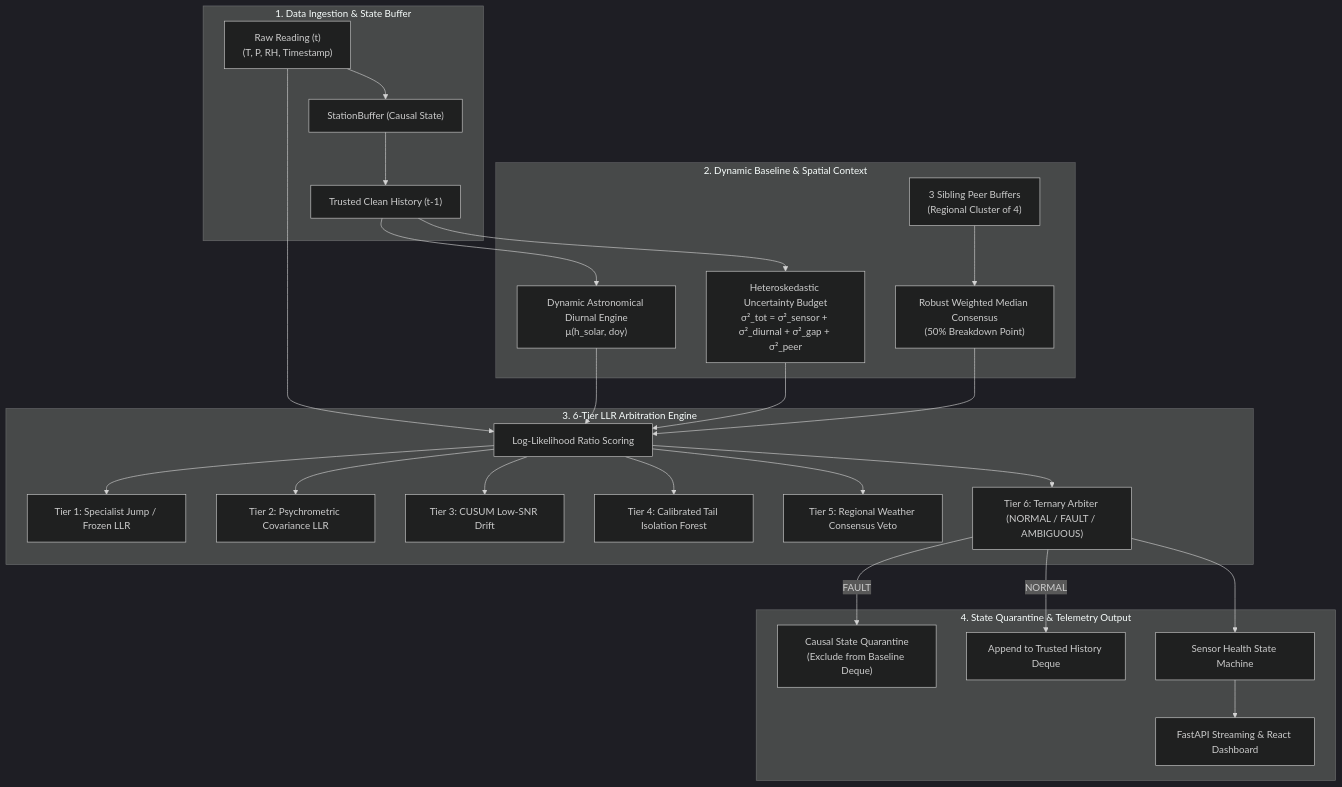
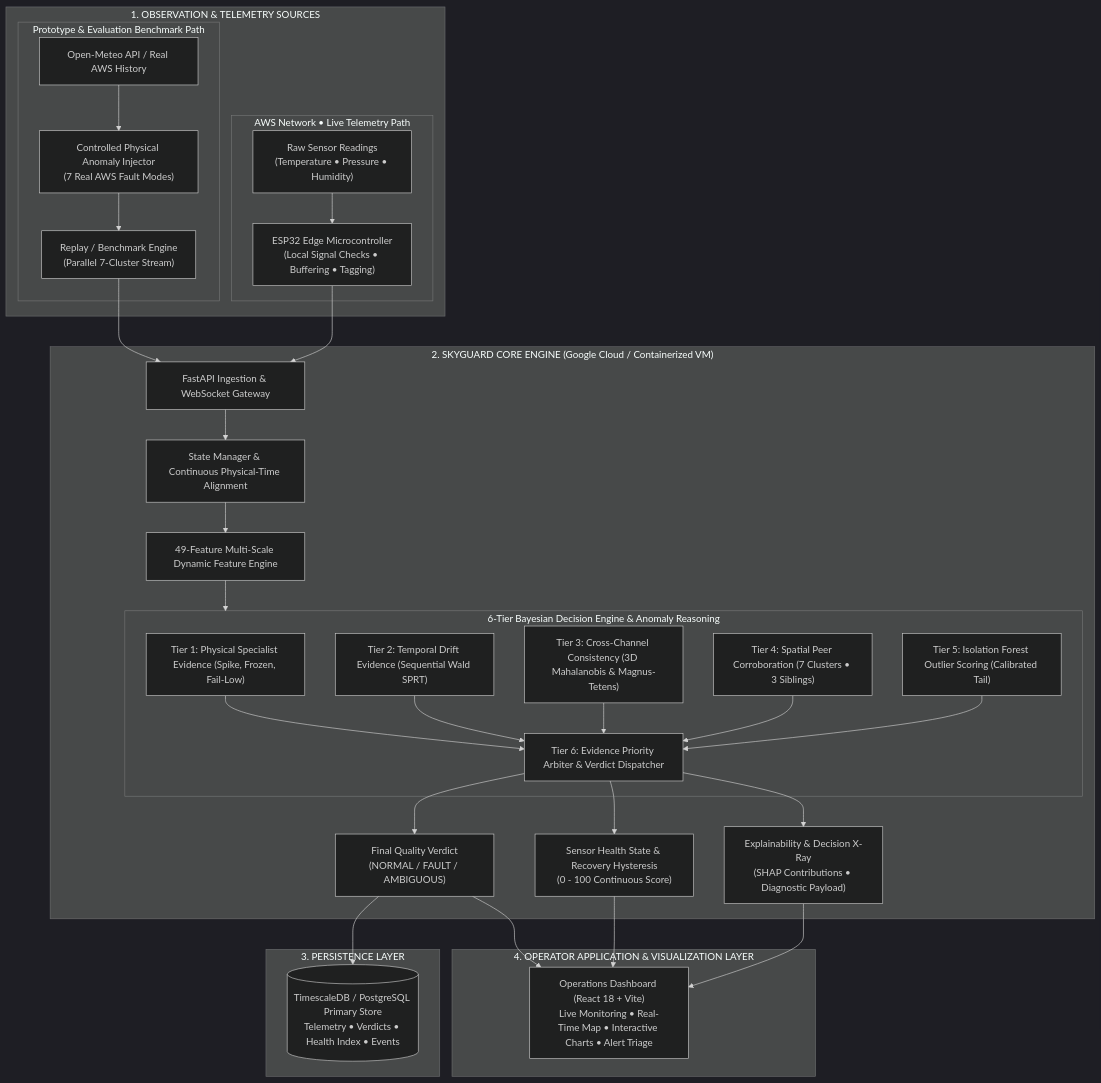
Before and after one commit to inf-pranjal-01/HELL-TO-SKY: the first of 2 diagrams in README.md, drawn with Mermaid (dark theme). The commit also changed other lines of this file and 9 other files, not shown here.

Commit message:
feat(docs): update README architecture diagram, 60k benchmark metrics, GCP trial deployment, and official doc links

````diff
--- a/README.md
+++ b/README.md
@@ -81,34 +93,51 @@
 ```mermaid
 flowchart TD
-    subgraph Ingestion ["1. Data Ingestion & State Buffer"]
-        RAW["Raw Reading (t)<br/>(T, P, RH, Timestamp)"] --> BUF["StationBuffer (Causal State)"]
-        BUF --> HIST["Trusted Clean History (t-1)"]
+    subgraph ObservationSources ["1. OBSERVATION & TELEMETRY SOURCES"]
+        subgraph LiveTelemetry ["AWS Network • Live Telemetry Path"]
+            RAW["Raw Sensor Readings<br/>(Temperature • Pressure • Humidity)"] --> ESP["ESP32 Edge Microcontroller<br/>(Local Signal Checks • Buffering • Tagging)"]
+        end
+        subgraph ReplayEval ["Prototype & Evaluation Benchmark Path"]
+            METEO["Open-Meteo API / Real AWS History"] --> INJ["Controlled Physical Anomaly Injector<br/>(7 Real AWS Fault Modes)"]
+            INJ --> REPLAY["Replay / Benchmark Engine<br/>(Parallel 7-Cluster Stream)"]
+        end
     end
 
-    subgraph DynamicContext ["2. Dynamic Baseline & Spatial Context"]
-        HIST --> DE["Dynamic Astronomical Diurnal Engine<br/>μ(h_solar, doy)"]
-        HIST --> UB["Heteroskedastic Uncertainty Budget<br/>σ²_tot = σ²_sensor + σ²_diurnal + σ²_gap + σ²_peer"]
-        SIBLINGS["3 Sibling Peer Buffers<br/>(Regional Cluster of 4)"] --> PEER["Robust Weighted Median Consensus<br/>(50% Breakdown Point)"]
+    subgraph CoreEngine ["2. SKYGUARD CORE ENGINE (Google Cloud / Containerized VM)"]
+        ESP --> GATEWAY["FastAPI Ingestion & WebSocket Gateway"]
+        REPLAY --> GATEWAY
+        
+        GATEWAY --> STATE["State Manager & Continuous Physical-Time Alignment"]
+        STATE --> FEAT["49-Feature Multi-Scale Dynamic Feature Engine"]
+        
+        subgraph DecisionTiers ["6-Tier Bayesian Decision Engine & Anomaly Reasoning"]
+            T1["Tier 1: Physical Specialist Evidence (Spike, Frozen, Fail-Low)"]
+            T2["Tier 2: Temporal Drift Evidence (Sequential Wald SPRT)"]
+            T3["Tier 3: Cross-Channel Consistency (3D Mahalanobis & Magnus-Tetens)"]
+            T4["Tier 4: Spatial Peer Corroboration (7 Clusters • 3 Siblings)"]
+            T5["Tier 5: Isolation Forest Outlier Scoring (Calibrated Tail)"]
+            T6["Tier 6: Evidence Priority Arbiter & Verdict Dispatcher"]
+            
+            T1 --> T6
+            T2 --> T6
+            T3 --> T6
+            T4 --> T6
+            T5 --> T6
+        end
+        
+        FEAT --> DecisionTiers
+        
+        T6 --> VERDICT["Final Quality Verdict<br/>(NORMAL / FAULT / AMBIGUOUS)"]
+        T6 --> HEALTH["Sensor Health State & Recovery Hysteresis<br/>(0 - 100 Continuous Score)"]
+        T6 --> XRAY["Explainability & Decision X-Ray<br/>(SHAP Contributions • Diagnostic Payload)"]
     end
 
-    subgraph DecisionLayer ["3. 6-Tier LLR Arbitration Engine"]
-        RAW --> LLR["Log-Likelihood Ratio Scoring"]
-        DE --> LLR
-        UB --> LLR
-        PEER --> LLR
-        
-        LLR --> T1["Tier 1: Specialist Jump / Frozen LLR"]
-        LLR --> T2["Tier 2: Psychrometric Covariance LLR"]
-        LLR --> T3["Tier 3: CUSUM Low-SNR Drift"]
-        LLR --> T4["Tier 4: Calibrated Tail Isolation Forest"]
-        LLR --> T5["Tier 5: Regional Weather Consensus Veto"]
-        LLR --> T6["Tier 6: Ternary Arbiter (NORMAL / FAULT / AMBIGUOUS)"]
+    subgraph Persistence ["3. PERSISTENCE LAYER"]
+        VERDICT --> DB[("TimescaleDB / PostgreSQL Primary Store<br/>Telemetry • Verdicts • Health Index • Events")]
     end
 
-    subgraph Operations ["4. State Quarantine & Telemetry Output"]
-        T6 -->|FAULT| QUAR["Causal State Quarantine<br/>(Exclude from Baseline Deque)"]
-        T6 -->|NORMAL| STORE["Append to Trusted History Deque"]
-        T6 --> SMR["Sensor Health State Machine"]
-        SMR --> WS["FastAPI Streaming & React Dashboard"]
+    subgraph AppLayer ["4. OPERATOR APPLICATION & VISUALIZATION LAYER"]
+        VERDICT --> DASH["Operations Dashboard (React 18 + Vite)<br/>Live Monitoring • Real-Time Map • Interactive Charts • Alert Triage"]
+        HEALTH --> DASH
+        XRAY --> DASH
     end
 ```
````
